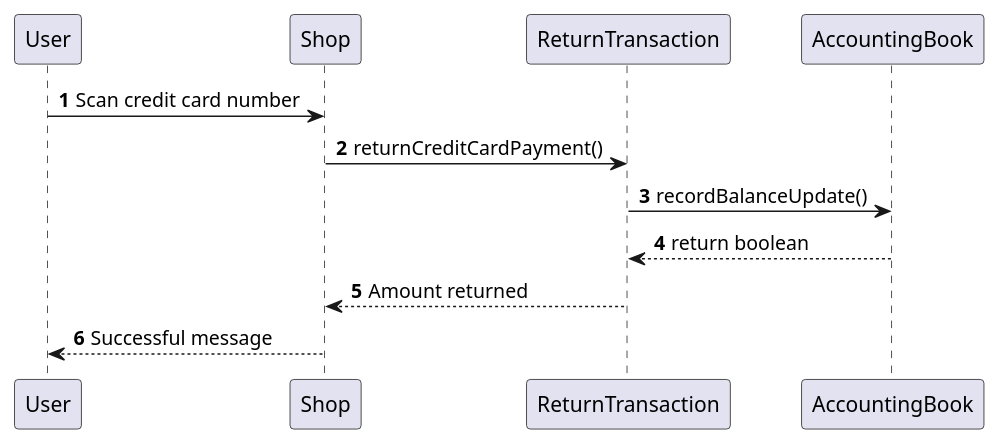
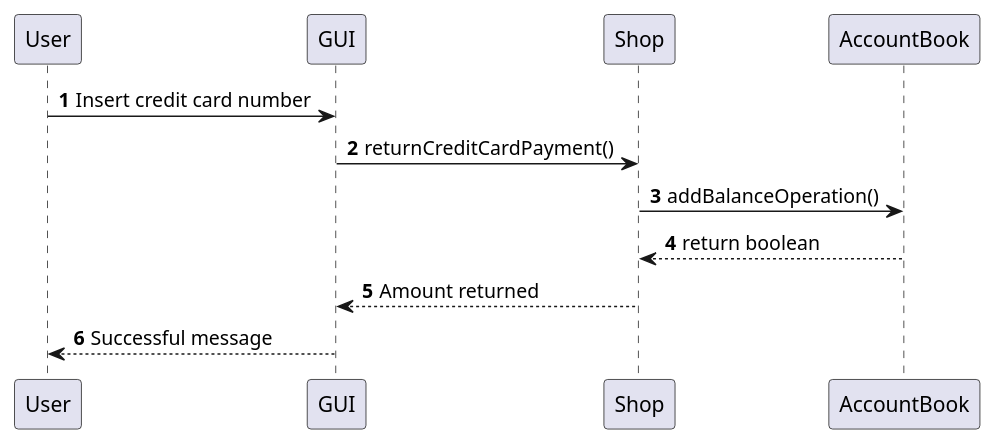
Before and after one commit to Stormz4/group20-EzShop: diagram 19 of 20 in Deliverables/DesignDocument.md, drawn with PlantUML. The commit also changed other lines of this file, not shown here.

````diff
--- a/Deliverables/DesignDocument.md
+++ b/Deliverables/DesignDocument.md
@@ -619,11 +612,11 @@
 ```plantuml
 @startuml
 autonumber
-User -> Shop: Scan credit card number
-Shop -> ReturnTransaction: returnCreditCardPayment()
-ReturnTransaction -> AccountingBook: recordBalanceUpdate()
-AccountingBook --> ReturnTransaction: return boolean
-ReturnTransaction --> Shop: Amount returned
-Shop --> User: Successful message
+User -> GUI: Insert credit card number
+GUI -> Shop: returnCreditCardPayment()
+Shop -> AccountBook: addBalanceOperation()
+AccountBook --> Shop: return boolean
+Shop --> GUI: Amount returned
+GUI --> User: Successful message
 @enduml
 ```
````
